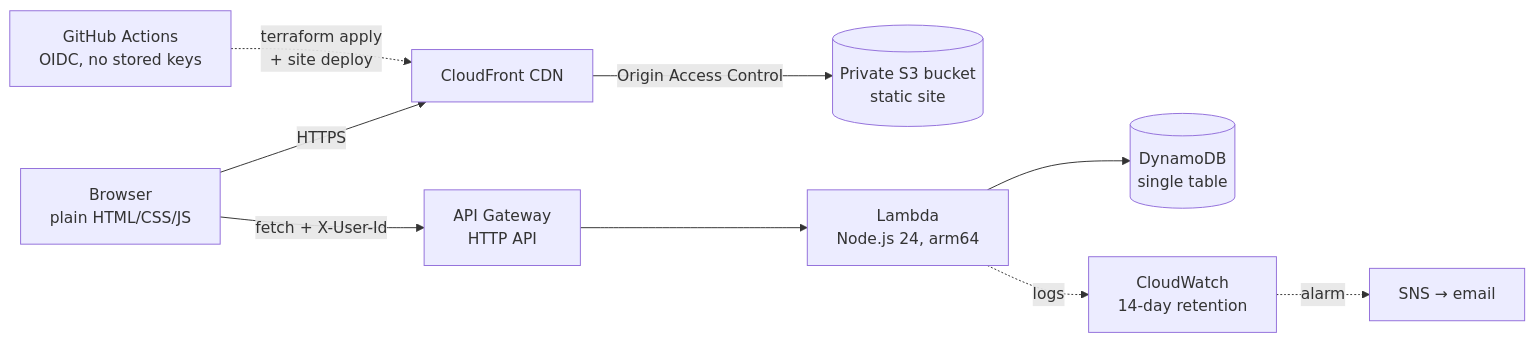
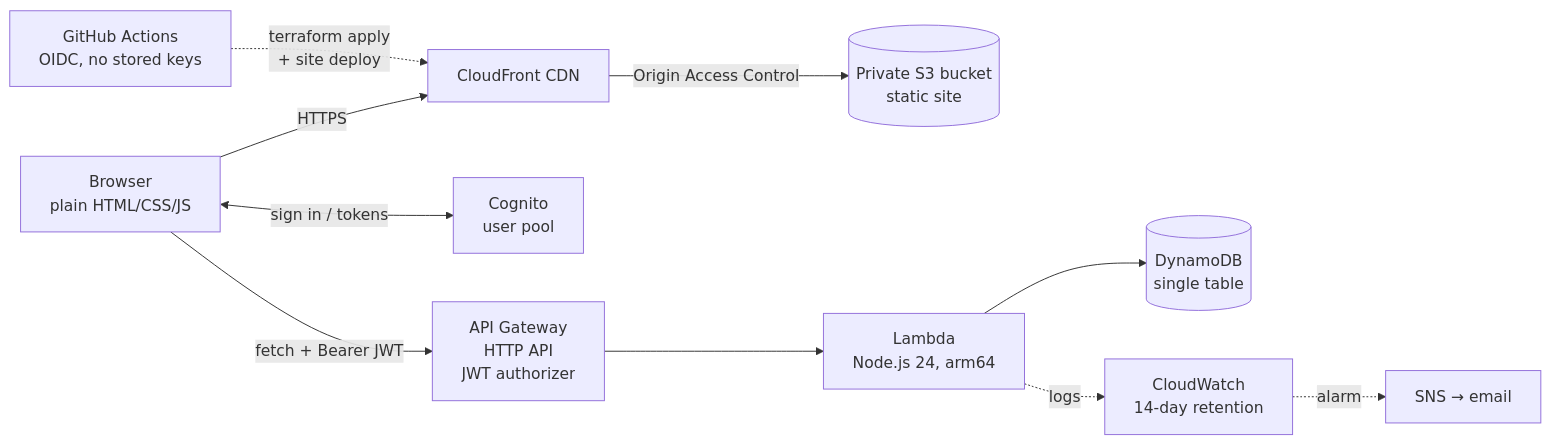
One commit to jgarc826/StudyBuddy-Timer changed the diagram in README.md. Above: the diagram before and after it, drawn with Mermaid. The commit also changed other lines of this file and 7 other files, not shown here.

````diff
--- a/README.md
+++ b/README.md
@@ -19,12 +19,13 @@
 ```mermaid
 flowchart LR
     B[Browser<br/>plain HTML/CSS/JS]
     B -->|HTTPS| CF[CloudFront CDN]
     CF -->|Origin Access Control| S3[(Private S3 bucket<br/>static site)]
-    B -->|fetch + X-User-Id| GW[API Gateway<br/>HTTP API]
+    B <-->|sign in / tokens| COG[Cognito<br/>user pool]
+    B -->|fetch + Bearer JWT| GW[API Gateway<br/>HTTP API<br/>JWT authorizer]
     GW --> L[Lambda<br/>Node.js 24, arm64]
     L --> DB[(DynamoDB<br/>single table)]
     L -.logs.-> CW[CloudWatch<br/>14-day retention]
     CW -.alarm.-> SNS[SNS → email]
     GH[GitHub Actions<br/>OIDC, no stored keys] -.terraform apply<br/>+ site deploy.-> CF
 ```
````
